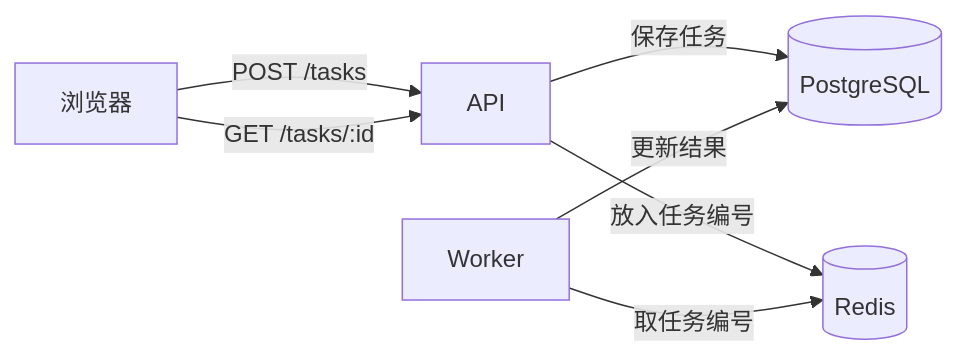
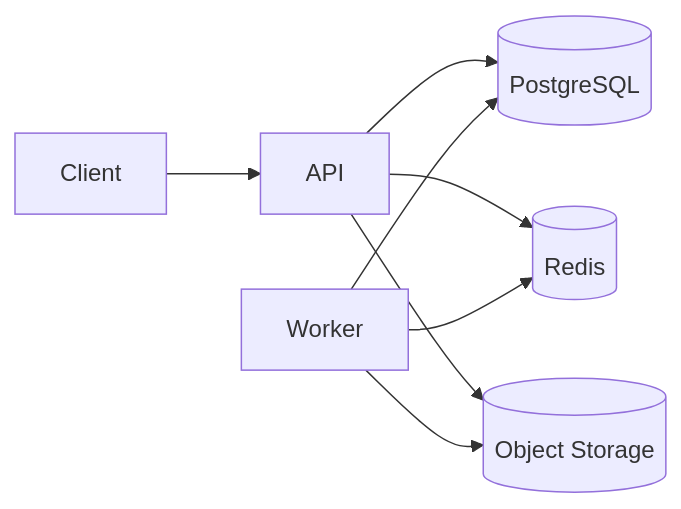
Before and after one commit to upJiang/jiang-blog-vitepress: the diagram in docs/devops/docker-compose.md, drawn with Mermaid. The commit also changed other lines of this file and 425 other files, not shown here.

````diff
--- a/docs/devops/docker-compose.md
+++ b/docs/devops/docker-compose.md
@@ -34,9 +33,10 @@
 ```mermaid
 flowchart LR
-  U[浏览器] -->|POST /tasks| A[API]
-  A -->|保存任务| P[(PostgreSQL)]
-  A -->|放入任务编号| R[(Redis)]
-  W[Worker] -->|取任务编号| R
-  W -->|更新结果| P
-  U -->|GET /tasks/:id| A
+  C[Client] --> A[API]
+  A --> P[(PostgreSQL)]
+  A --> R[(Redis)]
+  W[Worker] --> R
+  W --> P
+  A --> O[(Object Storage)]
+  W --> O
 ```
````
